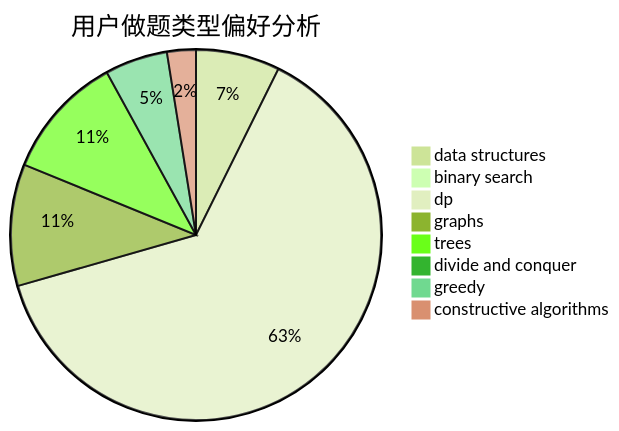
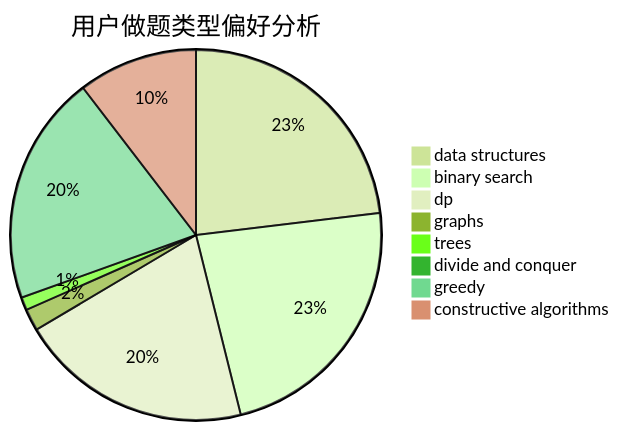
Before and after one commit to sherpahu/cfrs.github.io: the second of 3 diagrams in docs/user/u1213.md, drawn with Mermaid (forest theme). The commit also changed other lines of this file and 2770 other files, not shown here.

````diff
--- a/docs/user/u1213.md
+++ b/docs/user/u1213.md
@@ -23,11 +23,11 @@
 ```mermaid
 pie title 用户做题类型偏好分析
-    "data structures" :  67
-    "binary search" :  7
-    "dp" :  578
-    "graphs" :  97
-    "trees" :  99
-    "divide and conquer" :  0
-    "greedy" :  50
-    "constructive algorithms" :  23
+    "data structures" :  532
+    "binary search" :  530
+    "dp" :  469
+    "graphs" :  44
+    "trees" :  26
+    "divide and conquer" :  8
+    "greedy" :  462
+    "constructive algorithms" :  240
 ```
````
